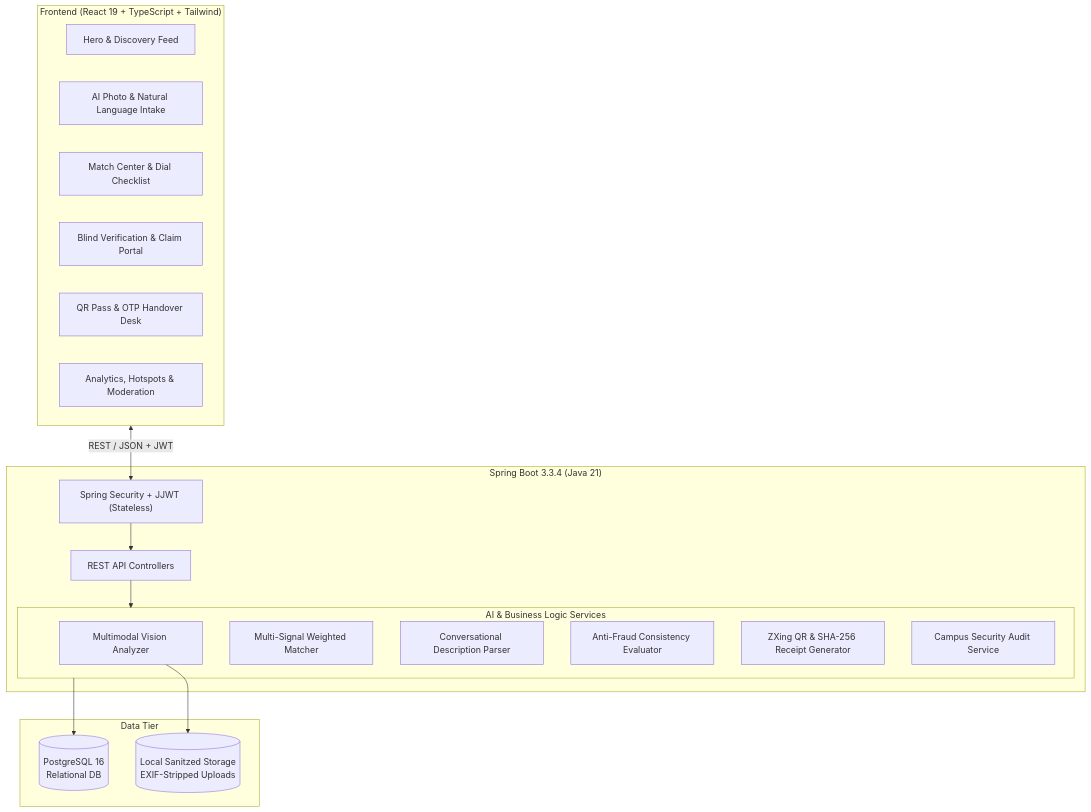
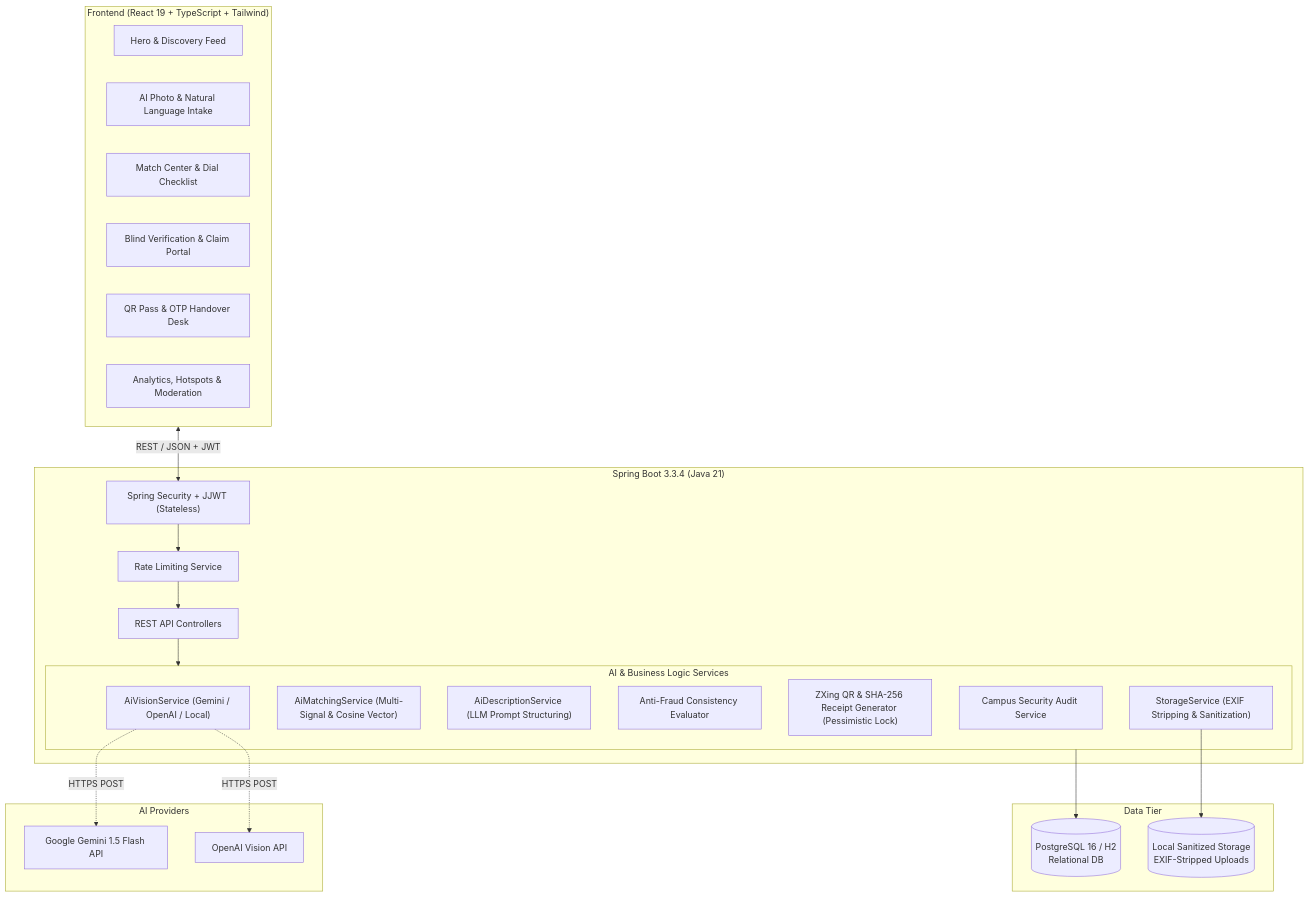
The first of 2 diagrams in README.md (mmuthuselvam298/Campus-Lost-and-Found-System-Java---Project), drawn with Mermaid before and after one commit. The commit also changed other lines of this file and 30 other files, not shown here.

````diff
--- a/README.md
+++ b/README.md
@@ -57,36 +61,46 @@
 ```mermaid
 flowchart TD
     subgraph Client["Frontend (React 19 + TypeScript + Tailwind)"]
         UI_Home["Hero & Discovery Feed"]
         UI_Report["AI Photo & Natural Language Intake"]
         UI_Match["Match Center & Dial Checklist"]
         UI_Claim["Blind Verification & Claim Portal"]
         UI_Pickup["QR Pass & OTP Handover Desk"]
         UI_Admin["Analytics, Hotspots & Moderation"]
     end
 
     subgraph Backend["Spring Boot 3.3.4 (Java 21)"]
         Sec["Spring Security + JJWT (Stateless)"]
+        RateLimit["Rate Limiting Service"]
         Ctrl["REST API Controllers"]
         
         subgraph Engine["AI & Business Logic Services"]
-            VisionSvc["Multimodal Vision Analyzer"]
-            MatchSvc["Multi-Signal Weighted Matcher"]
-            NLPSvc["Conversational Description Parser"]
+            VisionSvc["AiVisionService (Gemini / OpenAI / Local)"]
+            MatchSvc["AiMatchingService (Multi-Signal & Cosine Vector)"]
+            NLPSvc["AiDescriptionService (LLM Prompt Structuring)"]
             ClaimSvc["Anti-Fraud Consistency Evaluator"]
-            PickupSvc["ZXing QR & SHA-256 Receipt Generator"]
+            PickupSvc["ZXing QR & SHA-256 Receipt Generator (Pessimistic Lock)"]
             AuditSvc["Campus Security Audit Service"]
+            StorageSvc["StorageService (EXIF Stripping & Sanitization)"]
         end
     end
 
+    subgraph External["AI Providers"]
+        Gemini["Google Gemini 1.5 Flash API"]
+        OpenAI["OpenAI Vision API"]
+    end
+
     subgraph Storage["Data Tier"]
-        PG[(PostgreSQL 16\nRelational DB)]
-        Disk[(Local Sanitzed Storage\nEXIF-Stripped Uploads)]
+        PG[(PostgreSQL 16 / H2\nRelational DB)]
+        Disk[(Local Sanitized Storage\nEXIF-Stripped Uploads)]
     end
 
     Client <-->|REST / JSON + JWT| Sec
-    Sec --> Ctrl
+    Sec --> RateLimit
+    RateLimit --> Ctrl
     Ctrl --> Engine
     Engine --> PG
-    VisionSvc --> Disk
+    VisionSvc -.->|HTTPS POST| Gemini
+    VisionSvc -.->|HTTPS POST| OpenAI
+    StorageSvc --> Disk
 ```
````
